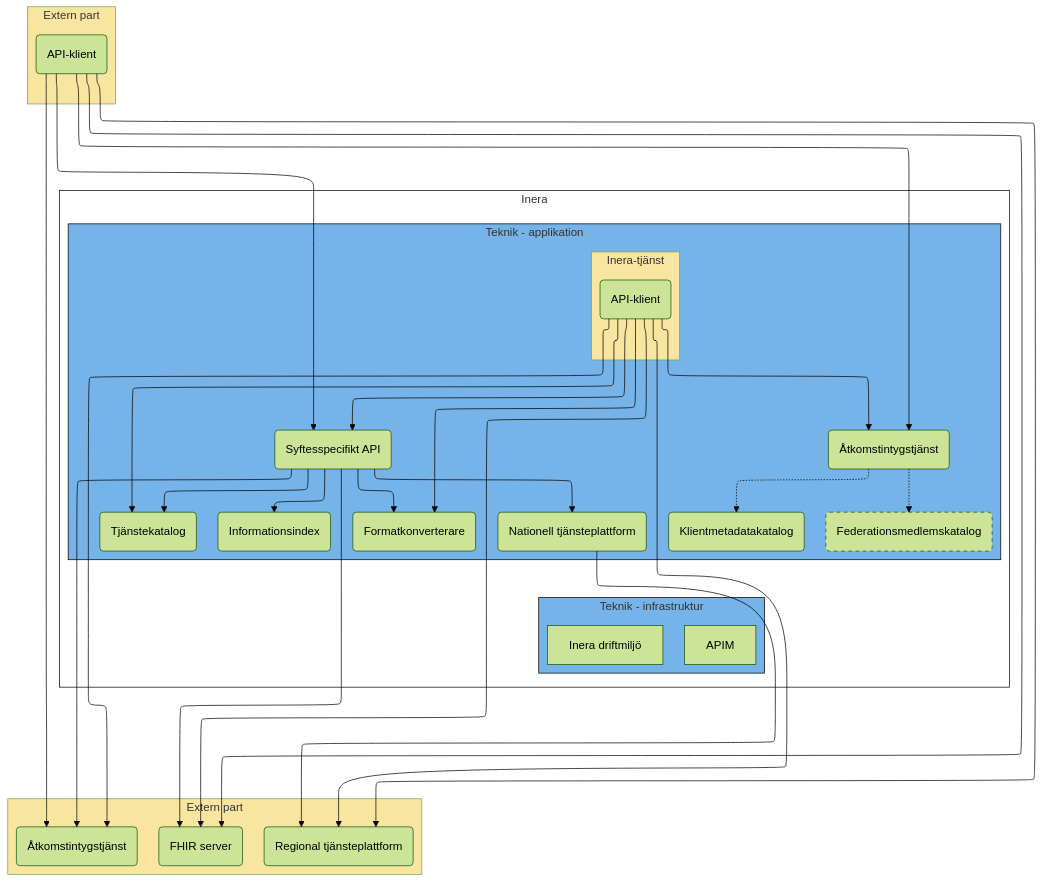
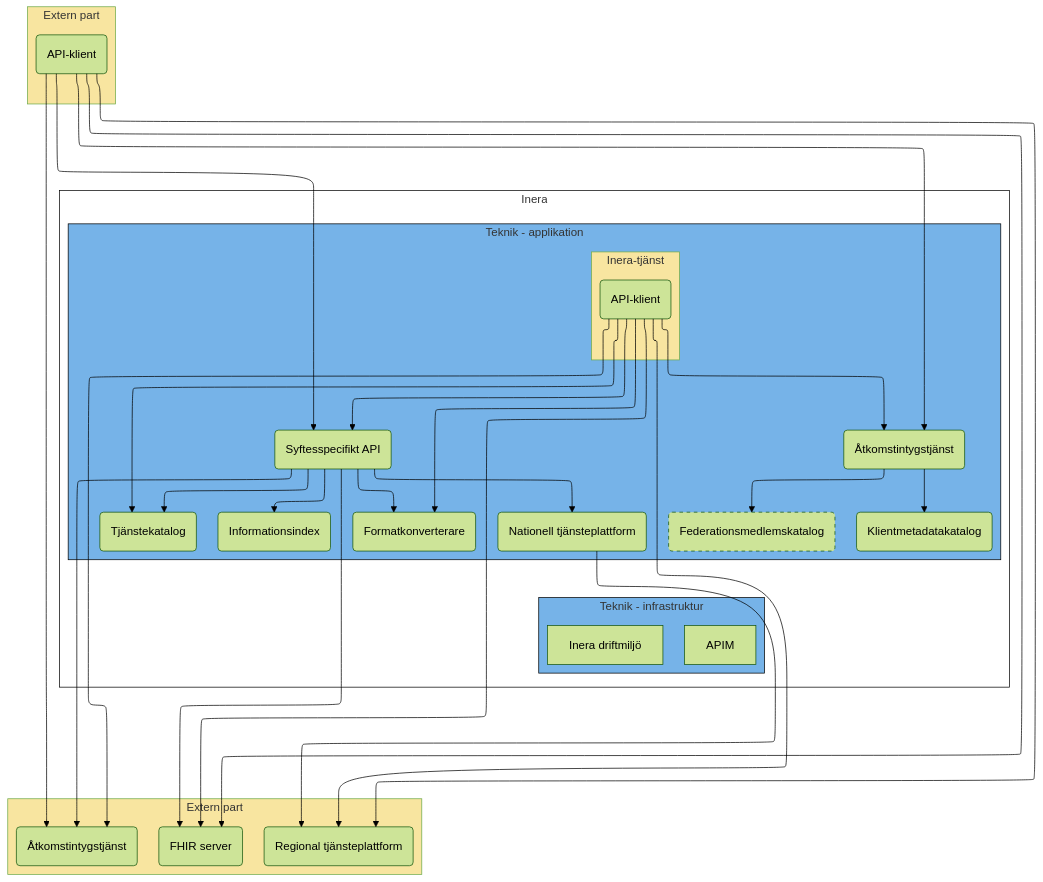
One commit to anders-malmros-inera/t2mmd changed the first of 2 diagrams in T2-krav/solution.md. Above: the diagram before and after it, drawn with Mermaid (forest theme).

Commit message:
Fix flowchart connections for accurate representation of dependencies

```diff
--- a/T2-krav/solution.md
+++ b/T2-krav/solution.md
@@ -42,7 +42,8 @@
     tpfs(FHIR server)
 end
 
-sias-.->sikk & sifmk
+sias-->sifmk
+sias-->sikk 
 
 %% begär åtkomst
 itk1 -->sias & itp1
```
